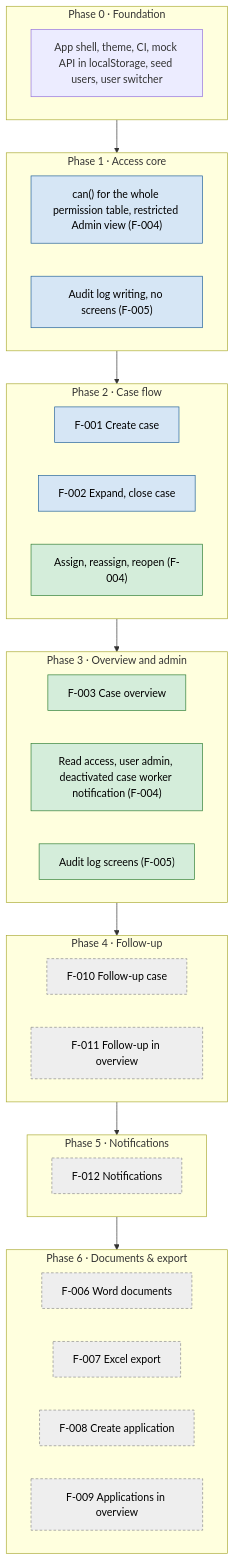
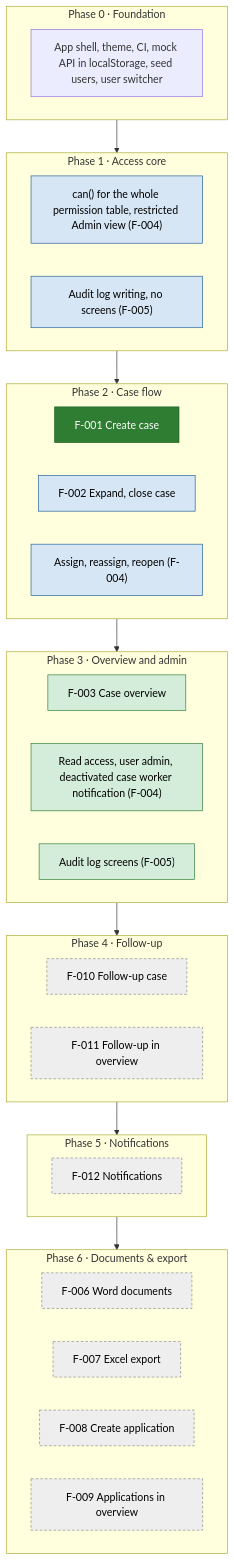
One commit to TLS97/tines-case-management-system changed the first of 2 diagrams in docs/roadmap.md. Above: the diagram before and after it, drawn with Mermaid. The commit also changed other lines of this file and 20 other files, not shown here.

````diff
--- a/docs/roadmap.md
+++ b/docs/roadmap.md
@@ -10,41 +10,43 @@
 ```mermaid
 flowchart TD
   subgraph P0["Phase 0 · Foundation"]
     F0[App shell, theme, CI, mock API in localStorage, seed users, user switcher]
   end
   subgraph P1["Phase 1 · Access core"]
     P1a["can() for the whole permission table, restricted Admin view (F-004)"]
     P1b["Audit log writing, no screens (F-005)"]
   end
   subgraph P2["Phase 2 · Case flow"]
     F001[F-001 Create case]
     F002["F-002 Expand, close case"]
     P2a["Assign, reassign, reopen (F-004)"]
   end
   subgraph P3["Phase 3 · Overview and admin"]
     F003[F-003 Case overview]
     P3a["Read access, user admin, deactivated case worker notification (F-004)"]
     P3b["Audit log screens (F-005)"]
   end
   subgraph P4["Phase 4 · Follow-up"]
     F010[F-010 Follow-up case]
     F011[F-011 Follow-up in overview]
   end
   subgraph P5["Phase 5 · Notifications"]
     F012[F-012 Notifications]
   end
   subgraph P6["Phase 6 · Documents & export"]
     F006[F-006 Word documents]
     F007[F-007 Excel export]
     F008[F-008 Create application]
     F009[F-009 Applications in overview]
   end
   P0 --> P1 --> P2 --> P3 --> P4 --> P5 --> P6
 
   classDef approved fill:#d4edda,stroke:#2e7d32,color:#000
   classDef draft fill:#eeeeee,stroke:#888,stroke-dasharray:4 3,color:#000
   classDef inprogress fill:#d6e6f5,stroke:#1f5f99,color:#000
-  class P2a,F003,P3a,P3b approved
-  class P1a,P1b,F001,F002 inprogress
+  classDef done fill:#2e7d32,stroke:#1b5e20,color:#fff
+  class F003,P3a,P3b approved
+  class P1a,P1b,F002,P2a inprogress
+  class F001 done
   class F006,F007,F008,F009,F010,F011,F012 draft
 ```
````
